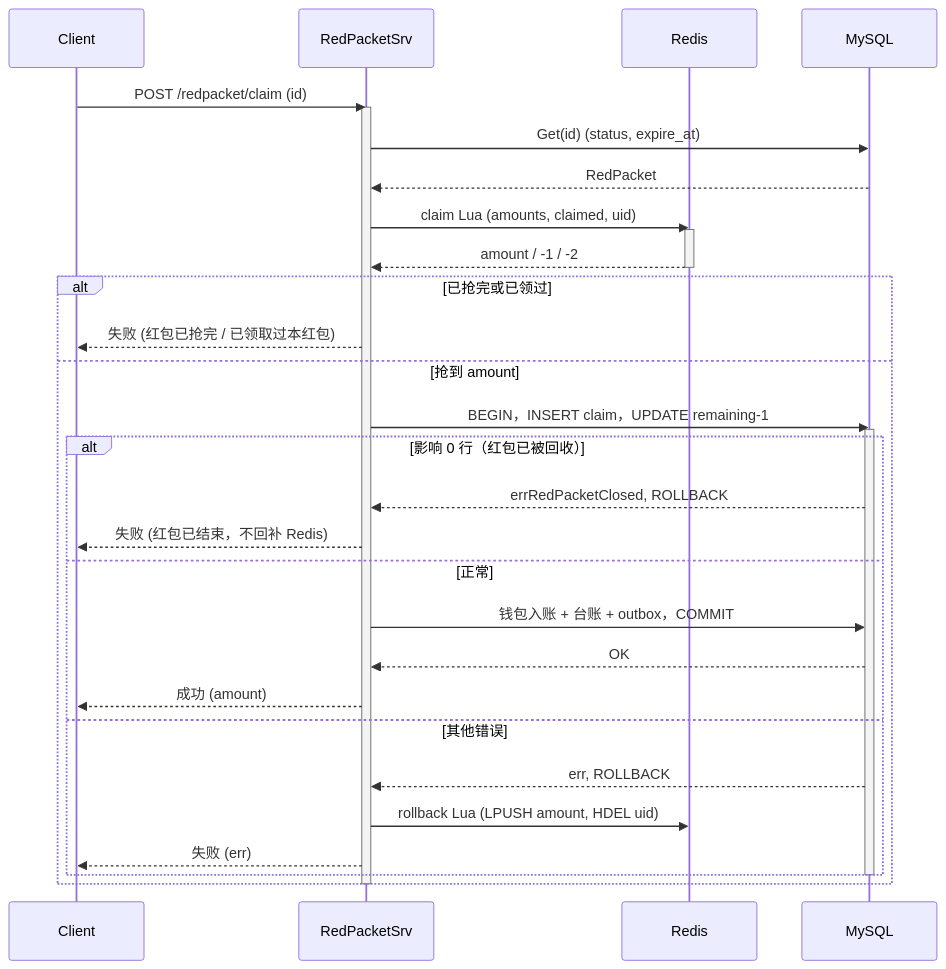
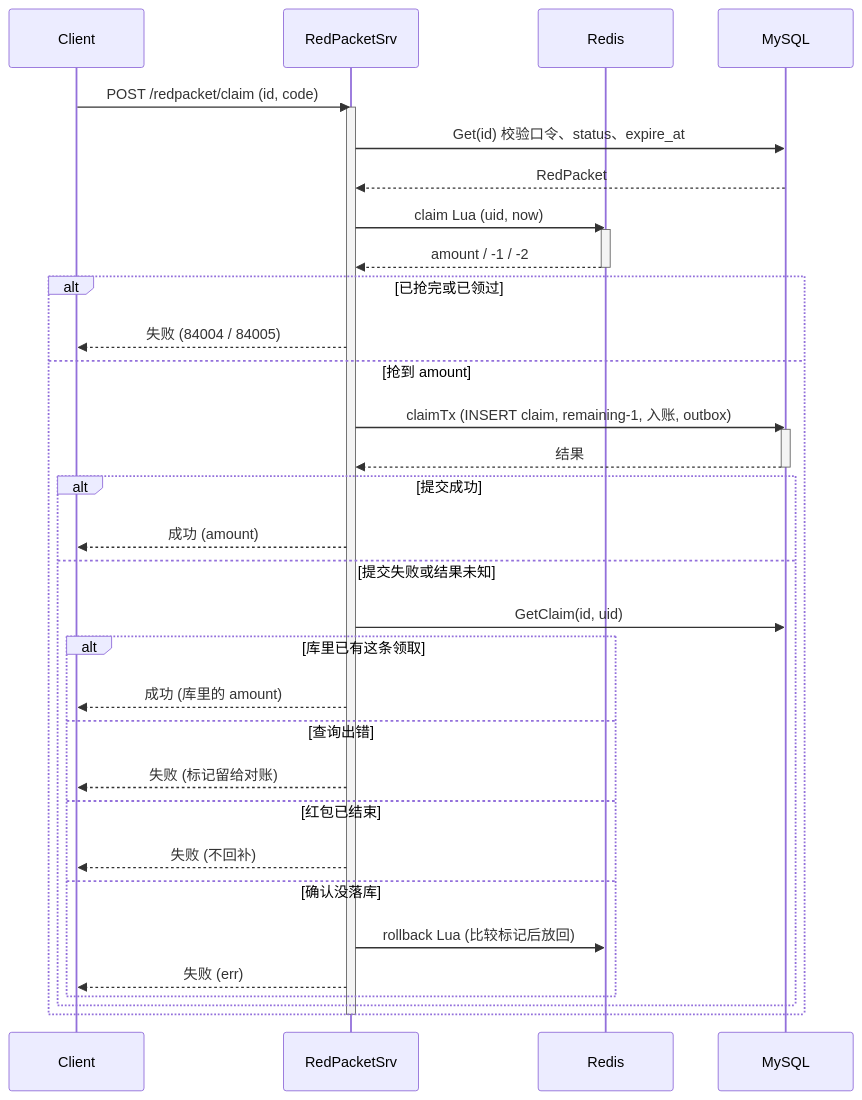
Before and after one commit to RedInn7/gomall: the first of 4 diagrams in docs/lecture/18-redpacket.md, drawn with Mermaid. The commit also changed other lines of this file and 1 other file, not shown here.

````diff
--- a/docs/lecture/18-redpacket.md
+++ b/docs/lecture/18-redpacket.md
@@ -258,36 +256,40 @@
 ```mermaid
 sequenceDiagram
     participant Client
     participant Service as RedPacketSrv
     participant Redis
     participant DB as MySQL
 
-    Client->>Service: POST /redpacket/claim (id)
+    Client->>Service: POST /redpacket/claim (id, code)
     activate Service
-    Service->>DB: Get(id) (status, expire_at)
+    Service->>DB: Get(id) 校验口令、status、expire_at
     DB-->>Service: RedPacket
-    Service->>Redis: claim Lua (amounts, claimed, uid)
+    Service->>Redis: claim Lua (uid, now)
     activate Redis
     Redis-->>Service: amount / -1 / -2
     deactivate Redis
     alt 已抢完或已领过
-        Service-->>Client: 失败 (红包已抢完 / 已领取过本红包)
+        Service-->>Client: 失败 (84004 / 84005)
     else 抢到 amount
-        Service->>DB: BEGIN，INSERT claim，UPDATE remaining-1
+        Service->>DB: claimTx (INSERT claim, remaining-1, 入账, outbox)
         activate DB
-        alt 影响 0 行（红包已被回收）
-            DB-->>Service: errRedPacketClosed, ROLLBACK
-            Service-->>Client: 失败 (红包已结束，不回补 Redis)
-        else 正常
-            Service->>DB: 钱包入账 + 台账 + outbox，COMMIT
-            DB-->>Service: OK
+        DB-->>Service: 结果
+        deactivate DB
+        alt 提交成功
             Service-->>Client: 成功 (amount)
-        else 其他错误
-            DB-->>Service: err, ROLLBACK
-            Service->>Redis: rollback Lua (LPUSH amount, HDEL uid)
-            Service-->>Client: 失败 (err)
+        else 提交失败或结果未知
+            Service->>DB: GetClaim(id, uid)
+            alt 库里已有这条领取
+                Service-->>Client: 成功 (库里的 amount)
+            else 查询出错
+                Service-->>Client: 失败 (标记留给对账)
+            else 红包已结束
+                Service-->>Client: 失败 (不回补)
+            else 确认没落库
+                Service->>Redis: rollback Lua (比较标记后放回)
+                Service-->>Client: 失败 (err)
+            end
         end
-        deactivate DB
     end
     deactivate Service
 ```
````
